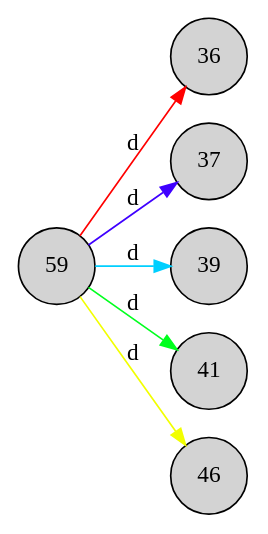
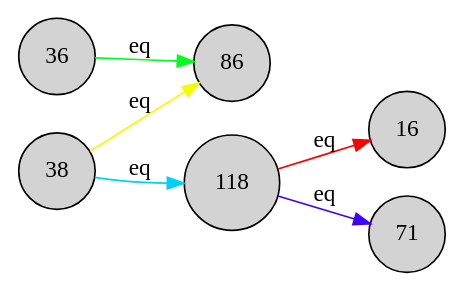
Before and after one commit to AssistiveRoboticsUNH/TCG-Classifier: the diagram in mygraph.dot, drawn with Graphviz. The commit also changed 2 other files, not shown here.

```diff
--- a/mygraph.dot
+++ b/mygraph.dot
@@ -1,14 +1,14 @@
 digraph A {
 rankdir = LR;
 node [shape=circle,style=filled] 36
-node [shape=circle,style=filled] 59
-node [shape=circle,style=filled] 37
-node [shape=circle,style=filled] 39
-node [shape=circle,style=filled] 41
-node [shape=circle,style=filled] 46
-59 -> 36 [label="d" color="0.0 1.0 1.0" ]
-59 -> 46 [label="d" color="0.175 1.0 1.0" ]
-59 -> 41 [label="d" color="0.353 1.0 1.0" ]
-59 -> 39 [label="d" color="0.531 1.0 1.0" ]
-59 -> 37 [label="d" color="0.708 1.0 1.0" ]
+node [shape=circle,style=filled] 38
+node [shape=circle,style=filled] 16
+node [shape=circle,style=filled] 71
+node [shape=circle,style=filled] 118
+node [shape=circle,style=filled] 86
+118 -> 16 [label="eq" color="0.0 1.0 1.0" ]
+38 -> 86 [label="eq" color="0.175 1.0 1.0" ]
+36 -> 86 [label="eq" color="0.353 1.0 1.0" ]
+38 -> 118 [label="eq" color="0.531 1.0 1.0" ]
+118 -> 71 [label="eq" color="0.708 1.0 1.0" ]
 }
```
